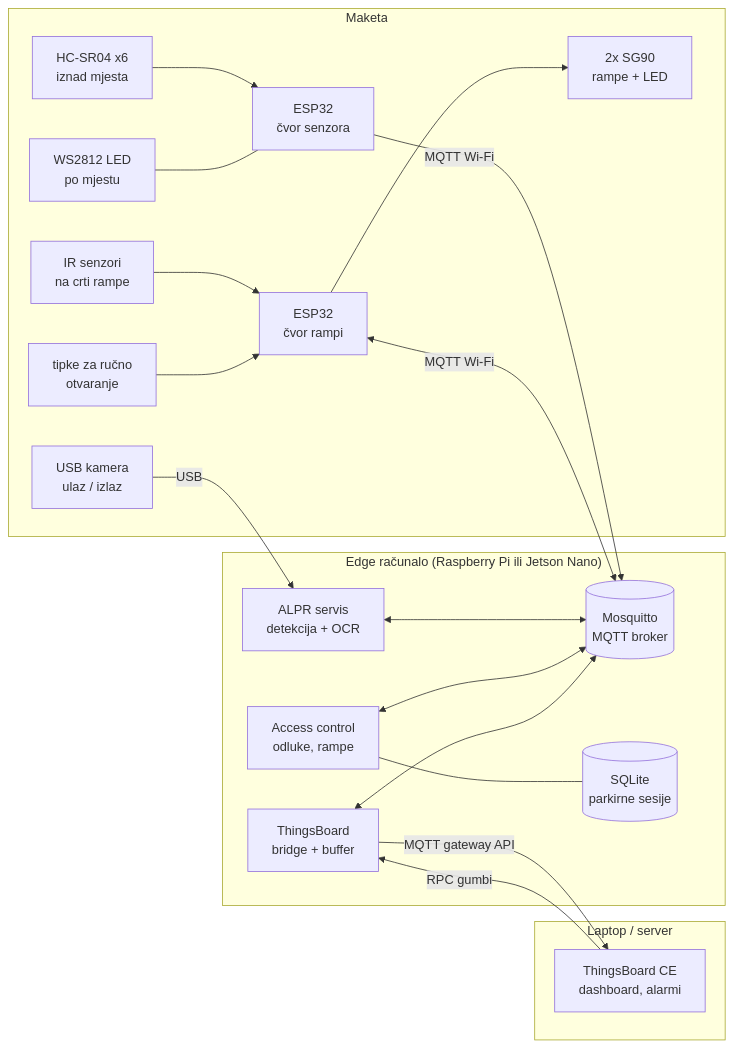
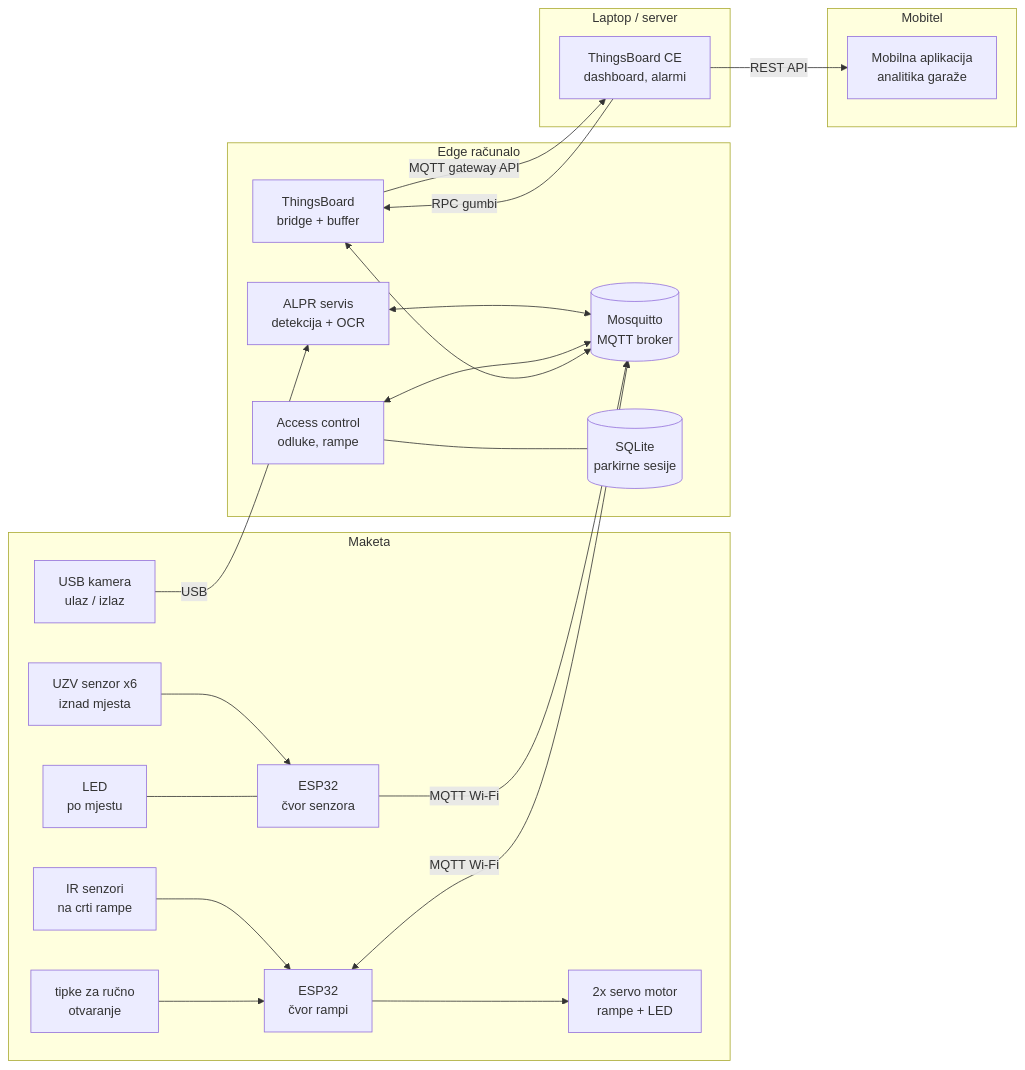
Before and after one commit to iampaviic/IoTGarage: the first of 3 diagrams in PROJEKT/sustav/arhitektura.md, drawn with Mermaid.

Commit message:
Architecture block diagram: generic component names, mobile app
- HC-SR04, SG90 and WS2812 replaced by "UZV senzor", "servo motor" and
  "LED"; the edge subgraph is just "Edge računalo"
- the mobile app is shown on a phone, reading data from ThingsBoard over
  the REST API (it never talks to the edge computer)

Claude-Session: https://claude.ai/code/session_01PjtoX6XUzfEavShmoGESuF

````diff
--- a/PROJEKT/sustav/arhitektura.md
+++ b/PROJEKT/sustav/arhitektura.md
@@ -14,33 +14,38 @@
 ```mermaid
 flowchart LR
   subgraph Maketa
-    S1[HC-SR04 x6<br/>iznad mjesta] --> ESPS[ESP32<br/>čvor senzora]
-    LED[WS2812 LED<br/>po mjestu] --- ESPS
+    S1[UZV senzor x6<br/>iznad mjesta] --> ESPS[ESP32<br/>čvor senzora]
+    LED[LED<br/>po mjestu] --- ESPS
     IR[IR senzori<br/>na crti rampe] --> ESPR[ESP32<br/>čvor rampi]
     BTN[tipke za ručno<br/>otvaranje] --> ESPR
-    ESPR --> SERVO[2x SG90<br/>rampe + LED]
+    ESPR --> SERVO[2x servo motor<br/>rampe + LED]
     CAM[USB kamera<br/>ulaz / izlaz]
   end
 
-  subgraph Edge["Edge računalo (Raspberry Pi ili Jetson Nano)"]
+  subgraph Edge["Edge računalo"]
     MQ[(Mosquitto<br/>MQTT broker)]
     ALPR[ALPR servis<br/>detekcija + OCR]
     AC[Access control<br/>odluke, rampe]
     DB[(SQLite<br/>parkirne sesije)]
     BR[ThingsBoard<br/>bridge + buffer]
   end
 
   subgraph Oblak["Laptop / server"]
     TB[ThingsBoard CE<br/>dashboard, alarmi]
   end
 
+  subgraph Mobitel
+    APP[Mobilna aplikacija<br/>analitika garaže]
+  end
+
   ESPS -- MQTT Wi-Fi --> MQ
   ESPR <-- MQTT Wi-Fi --> MQ
   CAM -- USB --> ALPR
   ALPR <--> MQ
   AC <--> MQ
   AC --- DB
   BR <--> MQ
   BR -- MQTT gateway API --> TB
   TB -- RPC gumbi --> BR
+  TB -- REST API --> APP
 ```
````
